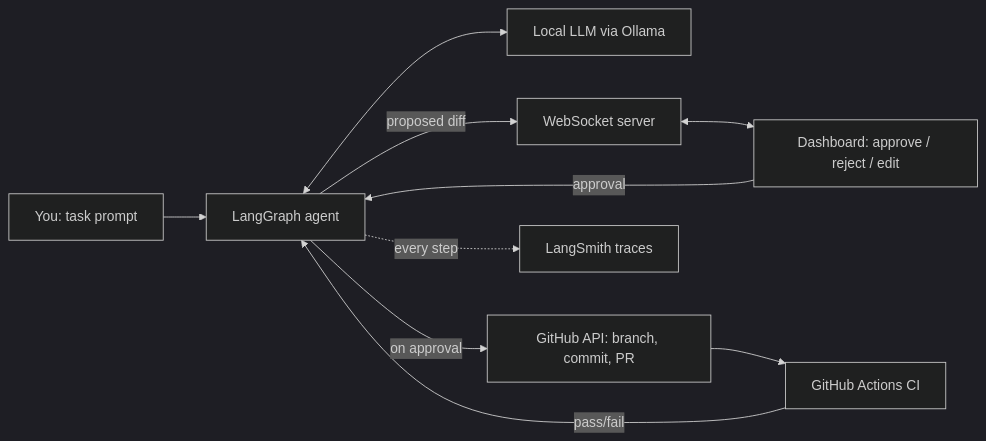
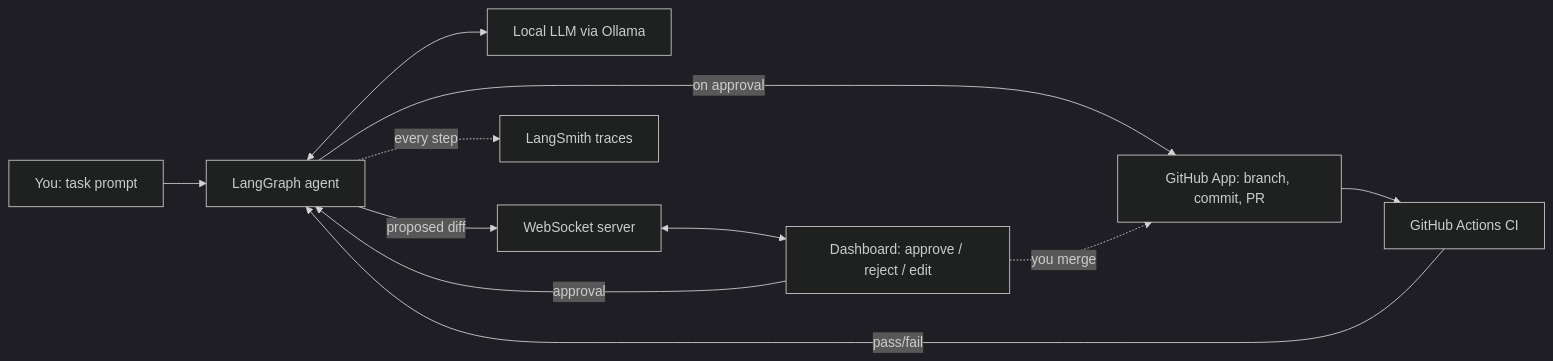
The diagram in README.md (akhileshravikumar/checkpoint-code-agent), drawn with Mermaid (dark theme) before and after one commit. The commit also changed other lines of this file and 12 other files, not shown here.

````diff
--- a/README.md
+++ b/README.md
@@ -36,12 +41,13 @@
 ```mermaid
 flowchart LR
     U[You: task prompt] --> G[LangGraph agent]
     G <--> M[Local LLM via Ollama]
     G -- proposed diff --> W[WebSocket server]
     W <--> D[Dashboard: approve / reject / edit]
     D -- approval --> G
-    G -- on approval --> H[GitHub API: branch, commit, PR]
+    G -- on approval --> H[GitHub App: branch, commit, PR]
     H --> A[GitHub Actions CI]
     A -- pass/fail --> G
     G -. every step .-> L[LangSmith traces]
+    D -. you merge .-> H
 ```
````
